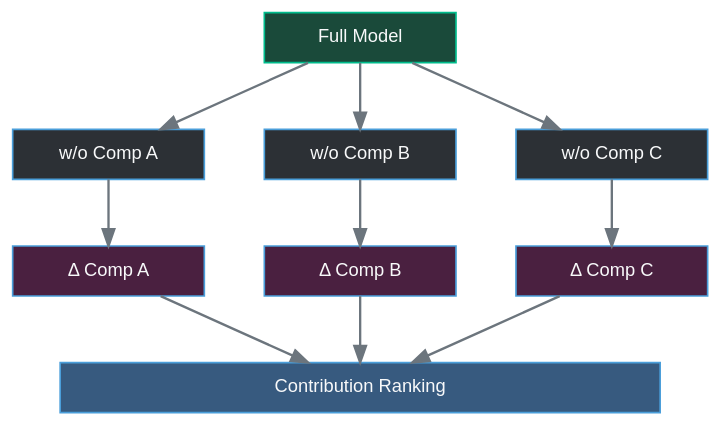
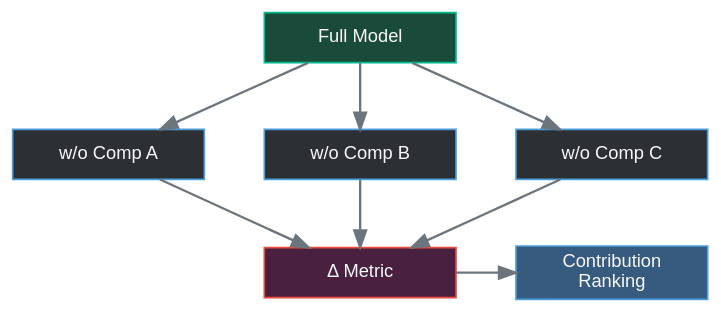
The diagram in docs/experiments/ablation.qmd (HongyuCao3/Pytorch-lightining-Hydra-Optuna-MLflow-Slurm-Project-Tempate-for-Scientific-Research), drawn with Graphviz before and after one commit. The commit also changed other lines of this file and 3 other files, not shown here.

````diff
--- a/docs/experiments/ablation.qmd
+++ b/docs/experiments/ablation.qmd
@@ -23,40 +13,35 @@
 ```{dot}
 //| label: fig-ablation-design
-//| fig-cap: "Ablation: systematic component removal"
+//| fig-cap: "Ablation: metric delta per removed component confirms necessity"
 //| fig-width: 7
-//| fig-height: 3.5
+//| fig-height: 3.2
 digraph G {
   bgcolor="transparent"
   rankdir=TB
   graph [ranksep=0.55, nodesep=0.5]
   node [style=filled, fillcolor="#2c3035", color="#4a9eda",
         fontcolor="#f8f9fa", fontname="Arial", fontsize=11,
         shape=box, width=1.6, height=0.42]
   edge [color="#6c757d", penwidth=1.4]
 
   subgraph row1 {
     rank=same
     Full [label="Full Model", fillcolor="#1a4a3a", color="#00bc8c"]
   }
   subgraph row2 {
     rank=same
     WoA [label="w/o Comp A"]
     WoB [label="w/o Comp B"]
     WoC [label="w/o Comp C"]
   }
   subgraph row3 {
     rank=same
-    DA [label="Δ Comp A", fillcolor="#4a2040"]
-    DB [label="Δ Comp B", fillcolor="#4a2040"]
-    DC [label="Δ Comp C", fillcolor="#4a2040"]
-  }
-  subgraph row4 {
-    rank=same
-    Rank [label="Contribution Ranking", fillcolor="#375a7f", width=5.0]
+    Delta [label="Δ Metric", fillcolor="#4a2040", color="#e74c3c"]
+    Rank  [label="Contribution\nRanking", fillcolor="#375a7f"]
   }
 
   Full -> WoA  Full -> WoB  Full -> WoC
-  WoA  -> DA   WoB  -> DB   WoC  -> DC
-  DA   -> Rank  DB -> Rank  DC -> Rank
+  WoA  -> Delta  WoB -> Delta  WoC -> Delta
+  Delta -> Rank
 }
 ```
````
